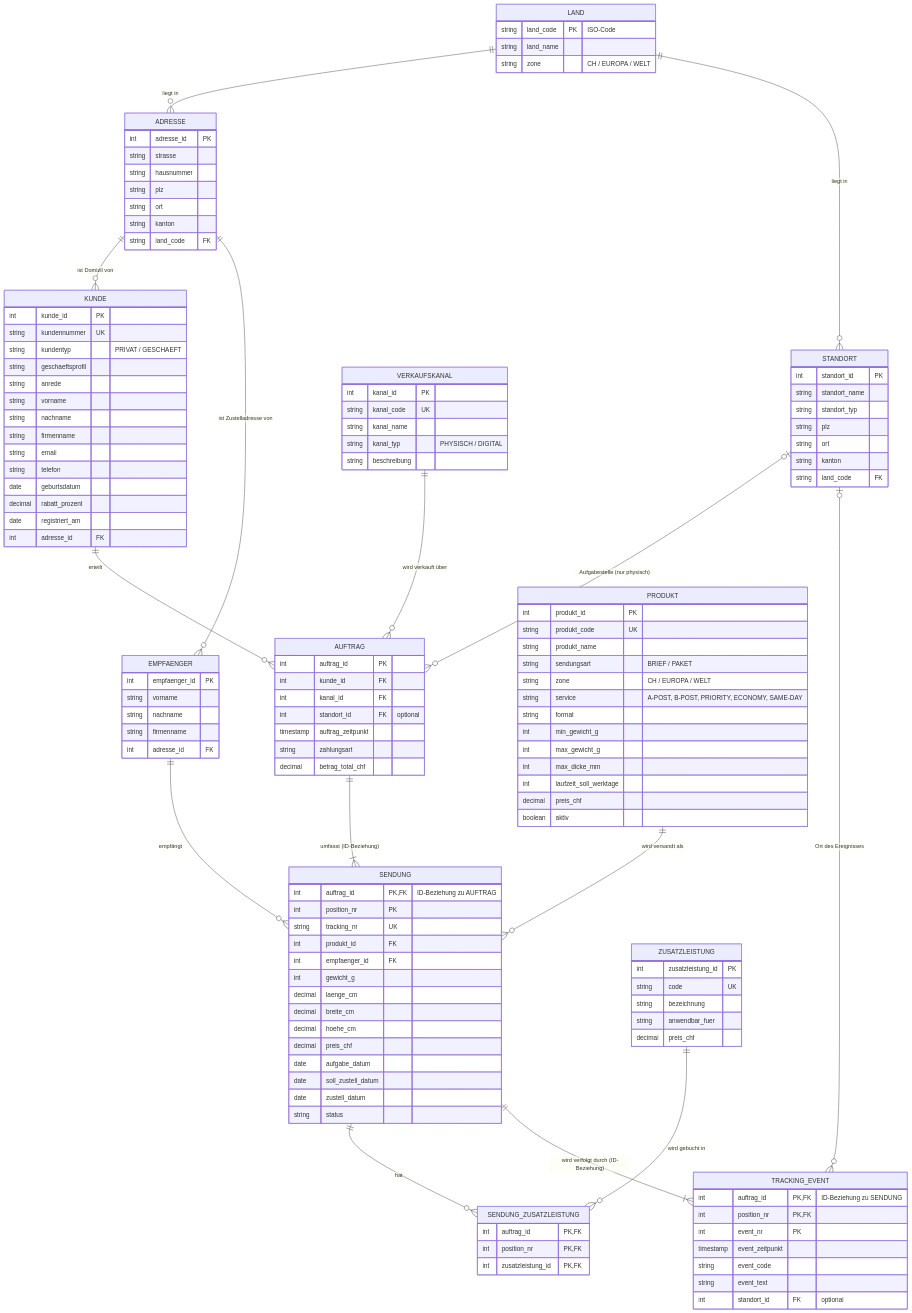
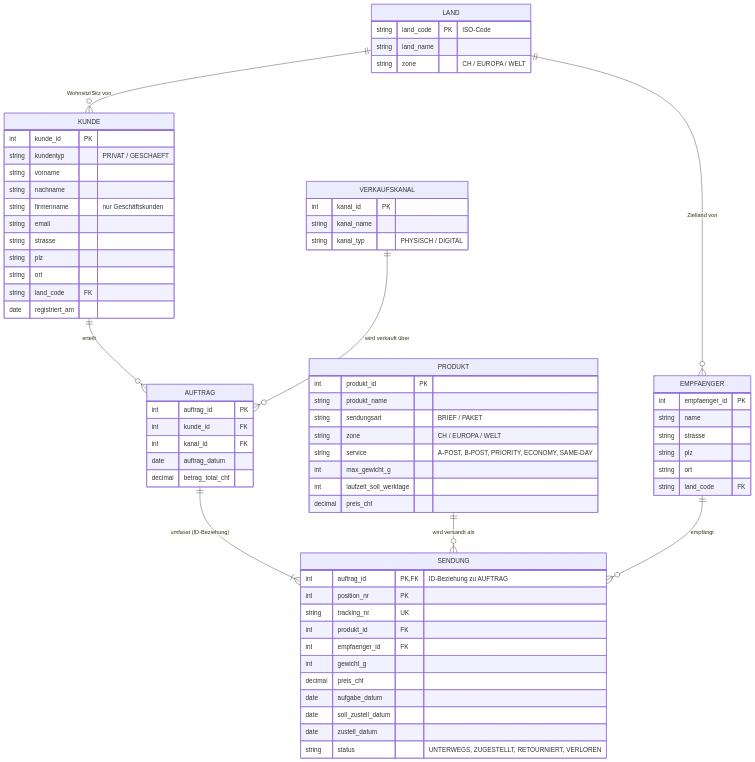
The first of 3 diagrams in bericht/bericht.md (taar1/ZHAW_DB_DQH_Leistungsnachweis), drawn with Mermaid before and after one commit. The commit also changed other lines of this file and 14 other files, not shown here.

````diff
--- a/bericht/bericht.md
+++ b/bericht/bericht.md
@@ -105,102 +106,59 @@
 ```mermaid
 erDiagram
-    LAND ||--o{ ADRESSE : "liegt in"
-    LAND ||--o{ STANDORT : "liegt in"
-    ADRESSE ||--o{ KUNDE : "ist Domizil von"
-    ADRESSE ||--o{ EMPFAENGER : "ist Zustelladresse von"
+    LAND ||--o{ KUNDE : "Wohnsitz/Sitz von"
+    LAND ||--o{ EMPFAENGER : "Zielland von"
     KUNDE ||--o{ AUFTRAG : "erteilt"
     VERKAUFSKANAL ||--o{ AUFTRAG : "wird verkauft über"
-    STANDORT |o--o{ AUFTRAG : "Aufgabestelle (nur physisch)"
     AUFTRAG ||--|{ SENDUNG : "umfasst (ID-Beziehung)"
     PRODUKT ||--o{ SENDUNG : "wird versandt als"
     EMPFAENGER ||--o{ SENDUNG : "empfängt"
-    SENDUNG ||--o{ SENDUNG_ZUSATZLEISTUNG : "hat"
-    ZUSATZLEISTUNG ||--o{ SENDUNG_ZUSATZLEISTUNG : "wird gebucht in"
-    SENDUNG ||--|{ TRACKING_EVENT : "wird verfolgt durch (ID-Beziehung)"
-    STANDORT |o--o{ TRACKING_EVENT : "Ort des Ereignisses"
 
     LAND {
         string land_code PK "ISO-Code"
         string land_name
         string zone "CH / EUROPA / WELT"
     }
-    ADRESSE {
-        int adresse_id PK
+    KUNDE {
+        int kunde_id PK
+        string kundentyp "PRIVAT / GESCHAEFT"
+        string vorname
+        string nachname
+        string firmenname "nur Geschäftskunden"
+        string email
         string strasse
-        string hausnummer
         string plz
         string ort
-        string kanton
         string land_code FK
-    }
-    KUNDE {
-        int kunde_id PK
-        string kundennummer UK
-        string kundentyp "PRIVAT / GESCHAEFT"
-        string geschaeftsprofil
-        string anrede
-        string vorname
-        string nachname
-        string firmenname
-        string email
-        string telefon
-        date geburtsdatum
-        decimal rabatt_prozent
         date registriert_am
-        int adresse_id FK
     }
     VERKAUFSKANAL {
         int kanal_id PK
-        string kanal_code UK
         string kanal_name
         string kanal_typ "PHYSISCH / DIGITAL"
-        string beschreibung
     }
     PRODUKT {
         int produkt_id PK
-        string produkt_code UK
         string produkt_name
         string sendungsart "BRIEF / PAKET"
         string zone "CH / EUROPA / WELT"
         string service "A-POST, B-POST, PRIORITY, ECONOMY, SAME-DAY"
-        string format
-        int min_gewicht_g
         int max_gewicht_g
-        int max_dicke_mm
         int laufzeit_soll_werktage
         decimal preis_chf
-        boolean aktiv
-    }
-    ZUSATZLEISTUNG {
-        int zusatzleistung_id PK
-        string code UK
-        string bezeichnung
-        string anwendbar_fuer
-        decimal preis_chf
-    }
-    STANDORT {
-        int standort_id PK
-        string standort_name
-        string standort_typ
-        string plz
-        string ort
-        string kanton
-        string land_code FK
     }
     EMPFAENGER {
         int empfaenger_id PK
-        string vorname
-        string nachname
-        string firmenname
-        int adresse_id FK
+        string name
+        string strasse
+        string plz
+        string ort
+        string land_code FK
     }
     AUFTRAG {
         int auftrag_id PK
         int kunde_id FK
         int kanal_id FK
-        int standort_id FK "optional"
-        timestamp auftrag_zeitpunkt
-        string zahlungsart
+        date auftrag_datum
         decimal betrag_total_chf
     }
     SENDUNG {
@@ -210,27 +168,10 @@
         int produkt_id FK
         int empfaenger_id FK
         int gewicht_g
-        decimal laenge_cm
-        decimal breite_cm
-        decimal hoehe_cm
         decimal preis_chf
         date aufgabe_datum
         date soll_zustell_datum
         date zustell_datum
-        string status
-    }
-    SENDUNG_ZUSATZLEISTUNG {
-        int auftrag_id PK,FK
-        int position_nr PK,FK
-        int zusatzleistung_id PK,FK
-    }
-    TRACKING_EVENT {
-        int auftrag_id PK,FK "ID-Beziehung zu SENDUNG"
-        int position_nr PK,FK
-        int event_nr PK
-        timestamp event_zeitpunkt
-        string event_code
-        string event_text
-        int standort_id FK "optional"
+        string status "UNTERWEGS, ZUGESTELLT, RETOURNIERT, VERLOREN"
     }
 ```
````
